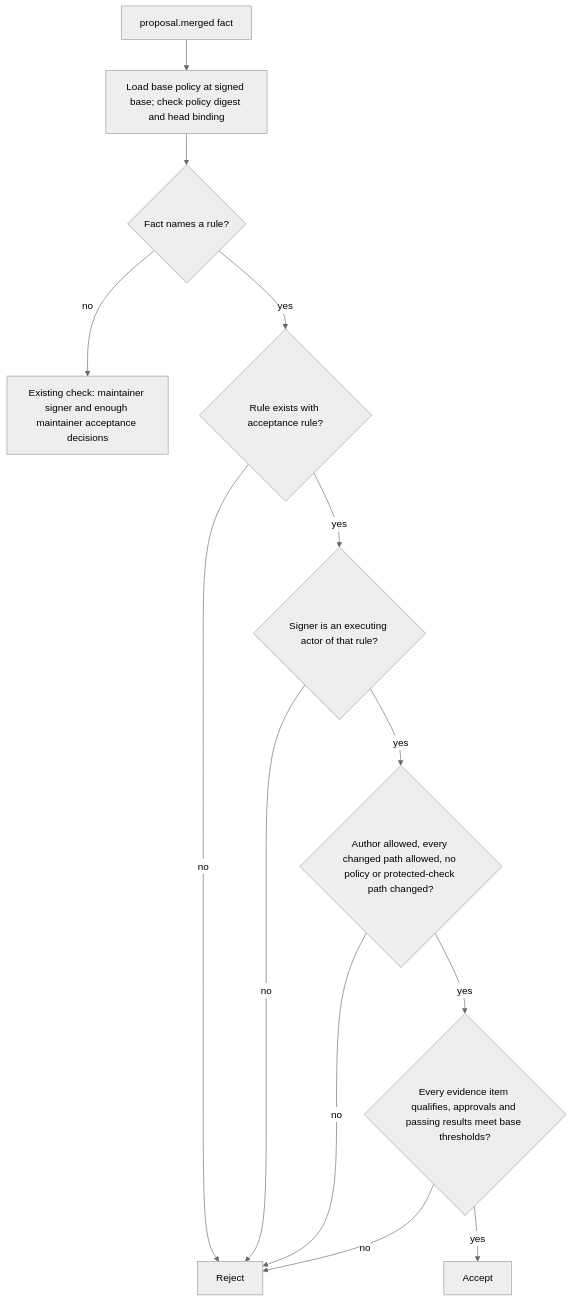
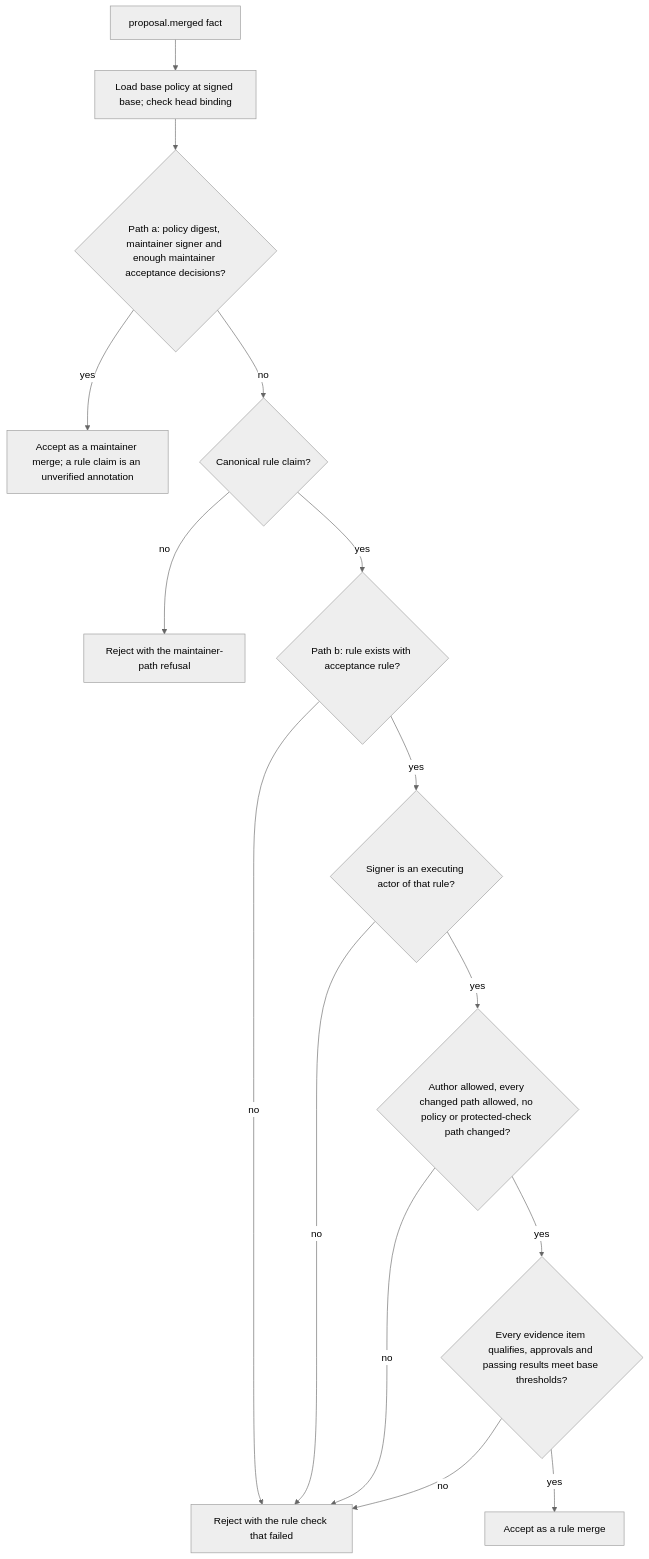
One commit to acoliver/hubnot changed the diagram in kitty-specs/standing-acceptance-01M5VD2K/spec.md. Above: the diagram before and after it, drawn with Mermaid (neutral theme). The commit also changed other lines of this file and 11 other files, not shown here.

First line of the commit message:
spec(standing-acceptance): union merge-fact validity and remediation decisions after analysis

````diff
--- a/kitty-specs/standing-acceptance-01M5VD2K/spec.md
+++ b/kitty-specs/standing-acceptance-01M5VD2K/spec.md
@@ -164,15 +177,17 @@
 ```mermaid
 flowchart TD
-    F[proposal.merged fact] --> B[Load base policy at signed base; check policy digest and head binding]
-    B --> R{Fact names a rule?}
-    R -- no --> A[Existing check: maintainer signer and enough maintainer acceptance decisions]
-    R -- yes --> M{Rule exists with acceptance rule?}
-    M -- no --> X[Reject]
+    F[proposal.merged fact] --> B[Load base policy at signed base; check head binding]
+    B --> A{Path a: policy digest, maintainer signer and enough maintainer acceptance decisions?}
+    A -- yes --> OKA[Accept as a maintainer merge; a rule claim is an unverified annotation]
+    A -- no --> R{Canonical rule claim?}
+    R -- no --> X[Reject with the maintainer-path refusal]
+    R -- yes --> M{Path b: rule exists with acceptance rule?}
+    M -- no --> XB[Reject with the rule check that failed]
     M -- yes --> S{Signer is an executing actor of that rule?}
-    S -- no --> X
+    S -- no --> XB
     S -- yes --> P{Author allowed, every changed path allowed, no policy or protected-check path changed?}
-    P -- no --> X
+    P -- no --> XB
     P -- yes --> E{Every evidence item qualifies, approvals and passing results meet base thresholds?}
-    E -- no --> X
-    E -- yes --> OK[Accept]
+    E -- no --> XB
+    E -- yes --> OKB[Accept as a rule merge]
 ```
````
